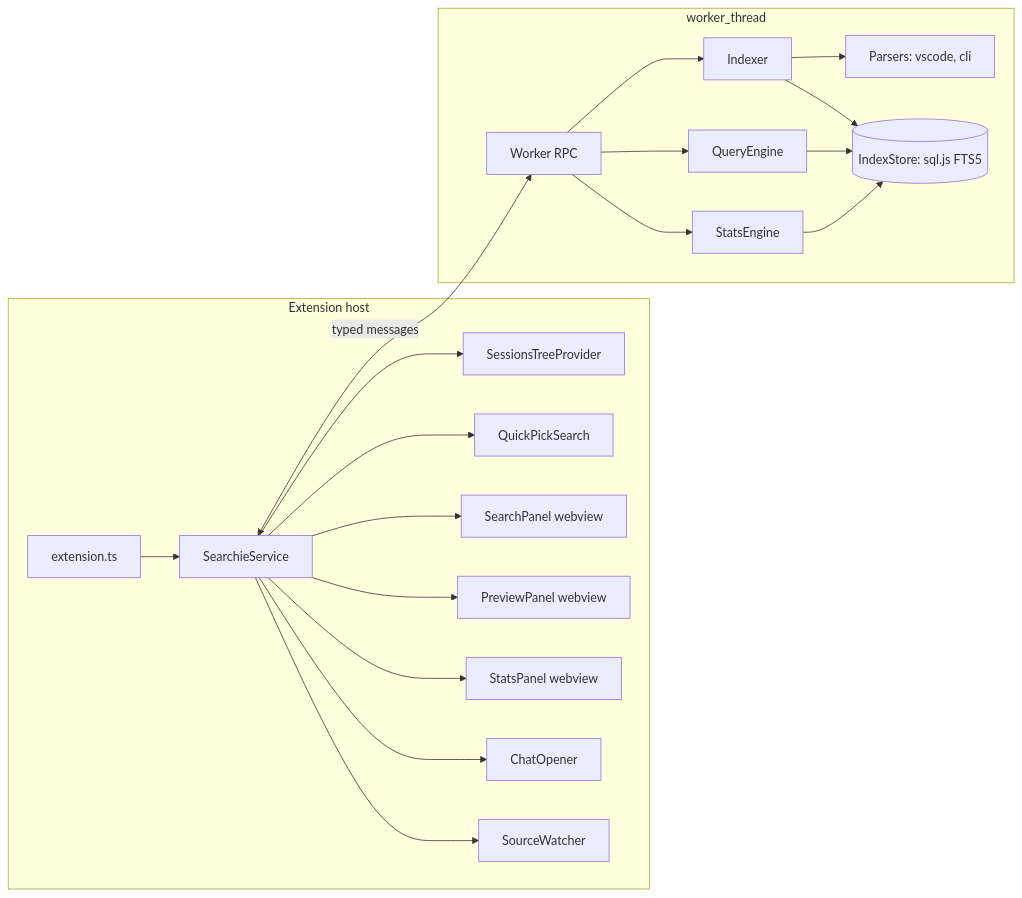
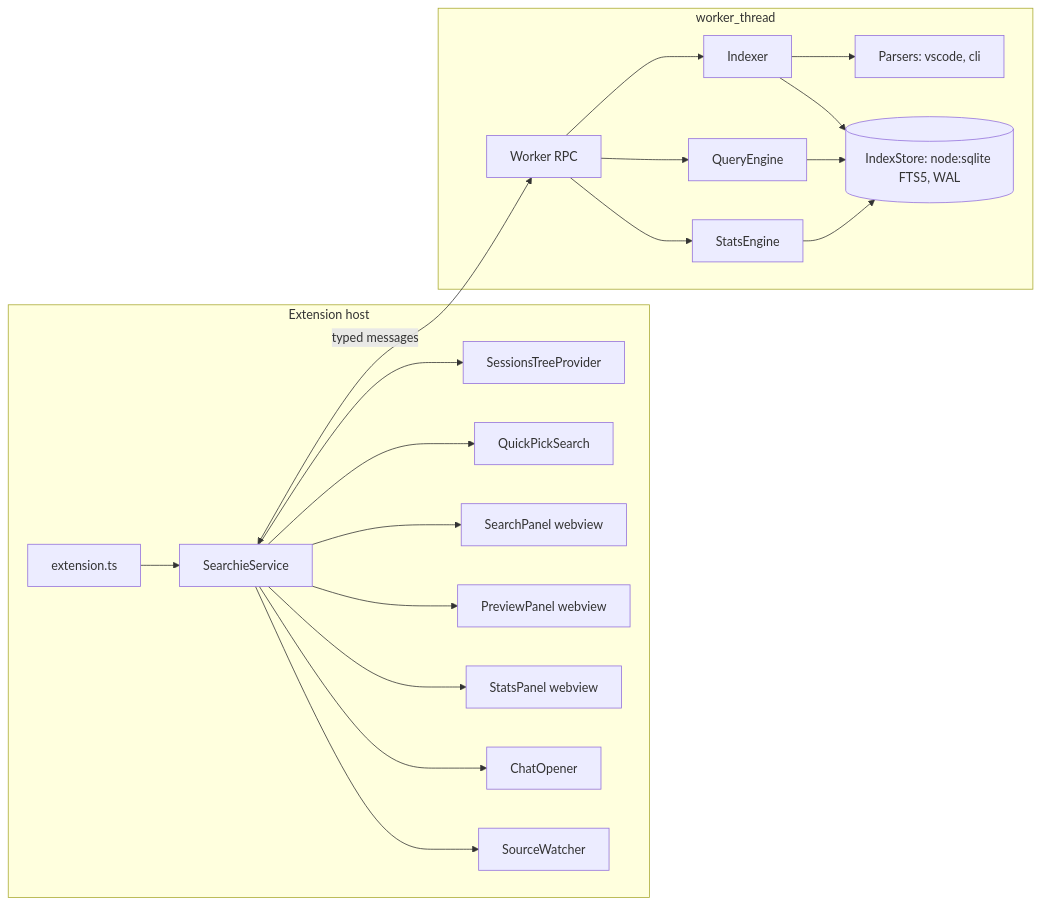
One commit to martin-sveda/searchie changed the third of 3 diagrams in SPEC.md. Above: the diagram before and after it, drawn with Mermaid. The commit also changed other lines of this file, not shown here.

````diff
--- a/SPEC.md
+++ b/SPEC.md
@@ -620,21 +635,21 @@
 ```mermaid
 flowchart LR
   subgraph Host[Extension host]
     EXT[extension.ts] --> SVC[SearchieService]
     SVC --> TREE[SessionsTreeProvider]
     SVC --> QP[QuickPickSearch]
     SVC --> PANEL[SearchPanel webview]
     SVC --> PREV[PreviewPanel webview]
     SVC --> STATS[StatsPanel webview]
     SVC --> OPEN[ChatOpener]
     SVC --> WATCH[SourceWatcher]
   end
   subgraph Worker[worker_thread]
     RPC[Worker RPC] --> IDX[Indexer]
     RPC --> QRY[QueryEngine]
     RPC --> AGG[StatsEngine]
     IDX --> PARSE[Parsers: vscode, cli]
-    IDX & QRY & AGG --> STORE[(IndexStore: sql.js FTS5)]
+    IDX & QRY & AGG --> STORE[(IndexStore: node:sqlite FTS5, WAL)]
   end
   SVC <-->|typed messages| RPC
 ```
````
